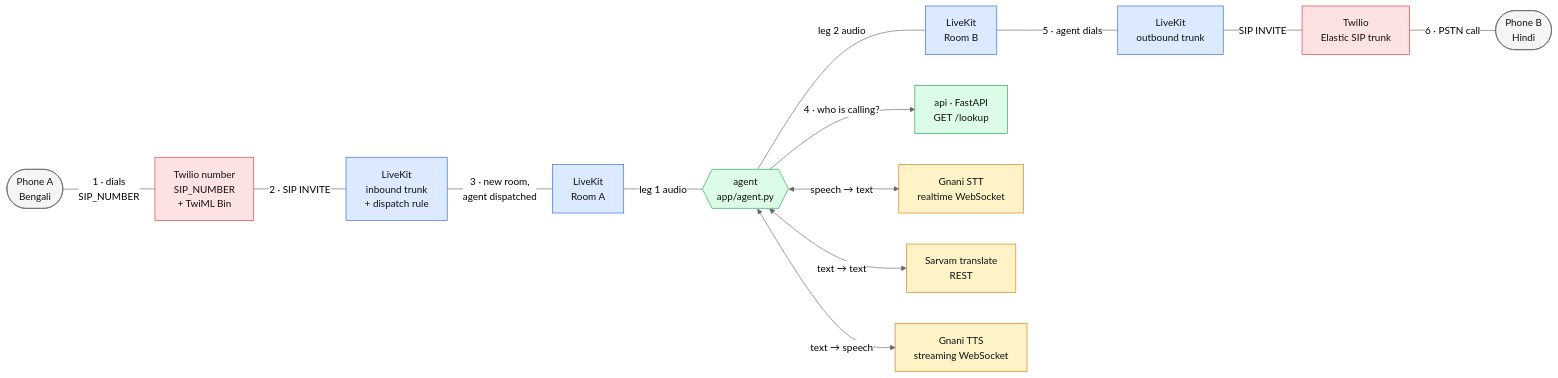
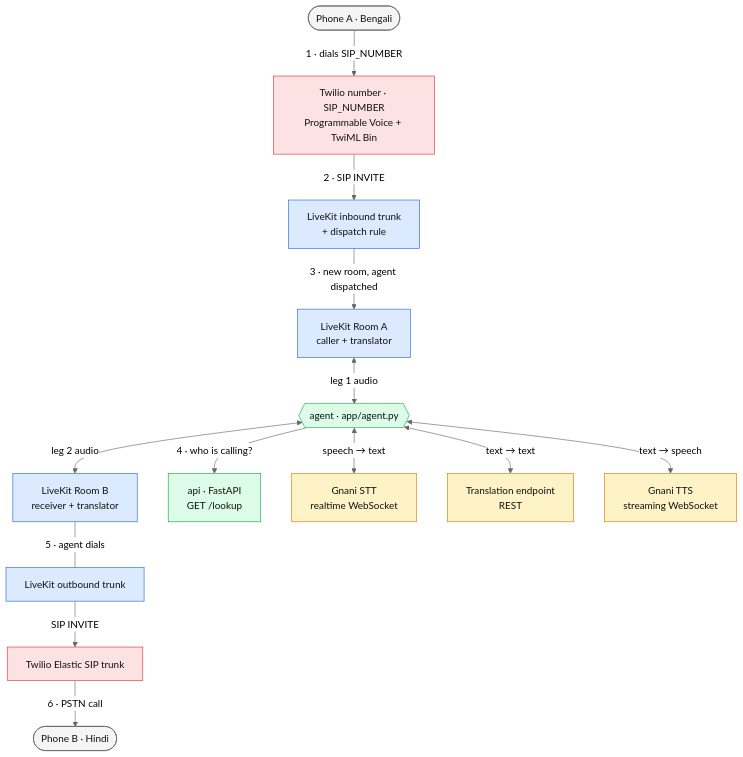
The first of 4 diagrams in README.md (Mayank-0518/Polyglot), drawn with Mermaid (neutral theme) before and after one commit. The commit also changed other lines of this file, not shown here.

Commit message:
readme changes

````diff
--- a/README.md
+++ b/README.md
@@ -38,42 +38,41 @@
 ```mermaid
-flowchart LR
-    A(["Phone A<br/>Bengali"])
-    NUM["Twilio number<br/>SIP_NUMBER<br/>+ TwiML Bin"]
-    IN["LiveKit<br/>inbound trunk<br/>+ dispatch rule"]
-    RA["LiveKit<br/>Room A"]
-    AG{{"agent<br/>app/agent.py"}}
-    RB["LiveKit<br/>Room B"]
-    OUT["LiveKit<br/>outbound trunk"]
-    ESIP["Twilio<br/>Elastic SIP trunk"]
-    B(["Phone B<br/>Hindi"])
+flowchart TB
+    A(["Phone A · Bengali"])
+    NUM["Twilio number · SIP_NUMBER<br/>Programmable Voice + TwiML Bin"]
+    IN["LiveKit inbound trunk<br/>+ dispatch rule"]
+    RA["LiveKit Room A<br/>caller + translator"]
+    AG{{"agent · app/agent.py"}}
+    RB["LiveKit Room B<br/>receiver + translator"]
+    OUT["LiveKit outbound trunk"]
+    ESIP["Twilio Elastic SIP trunk"]
+    B(["Phone B · Hindi"])
 
     API["api · FastAPI<br/>GET /lookup"]
     STT["Gnani STT<br/>realtime WebSocket"]
-    MT["Sarvam translate<br/>REST"]
+    MT["Translation endpoint<br/>REST"]
     TTS["Gnani TTS<br/>streaming WebSocket"]
 
-    A ---|"1 · dials<br/>SIP_NUMBER"| NUM
-    NUM ---|"2 · SIP INVITE"| IN
-    IN ---|"3 · new room,<br/>agent dispatched"| RA
-    RA ---|"leg 1 audio"| AG
-    AG ---|"leg 2 audio"| RB
-    RB ---|"5 · agent dials"| OUT
-    OUT ---|"SIP INVITE"| ESIP
-    ESIP ---|"6 · PSTN call"| B
-
+    A -->|"1 · dials SIP_NUMBER"| NUM
+    NUM -->|"2 · SIP INVITE"| IN
+    IN -->|"3 · new room, agent dispatched"| RA
+    RA <-->|"leg 1 audio"| AG
     AG -->|"4 · who is calling?"| API
     AG <-->|"speech → text"| STT
     AG <-->|"text → text"| MT
     AG <-->|"text → speech"| TTS
+    AG <-->|"leg 2 audio"| RB
+    RB ---|"5 · agent dials"| OUT
+    OUT -->|"SIP INVITE"| ESIP
+    ESIP -->|"6 · PSTN call"| B
 
     classDef phone fill:#f5f5f5,stroke:#666,color:#111
     classDef twilio fill:#fde2e4,stroke:#d33,color:#111
     classDef livekit fill:#dbeafe,stroke:#2563eb,color:#111
     classDef host fill:#dcfce7,stroke:#16a34a,color:#111
     classDef vendor fill:#fef3c7,stroke:#d97706,color:#111
     class A,B phone
     class NUM,ESIP twilio
     class IN,RA,RB,OUT livekit
     class AG,API host
     class STT,MT,TTS vendor
 ```
````
